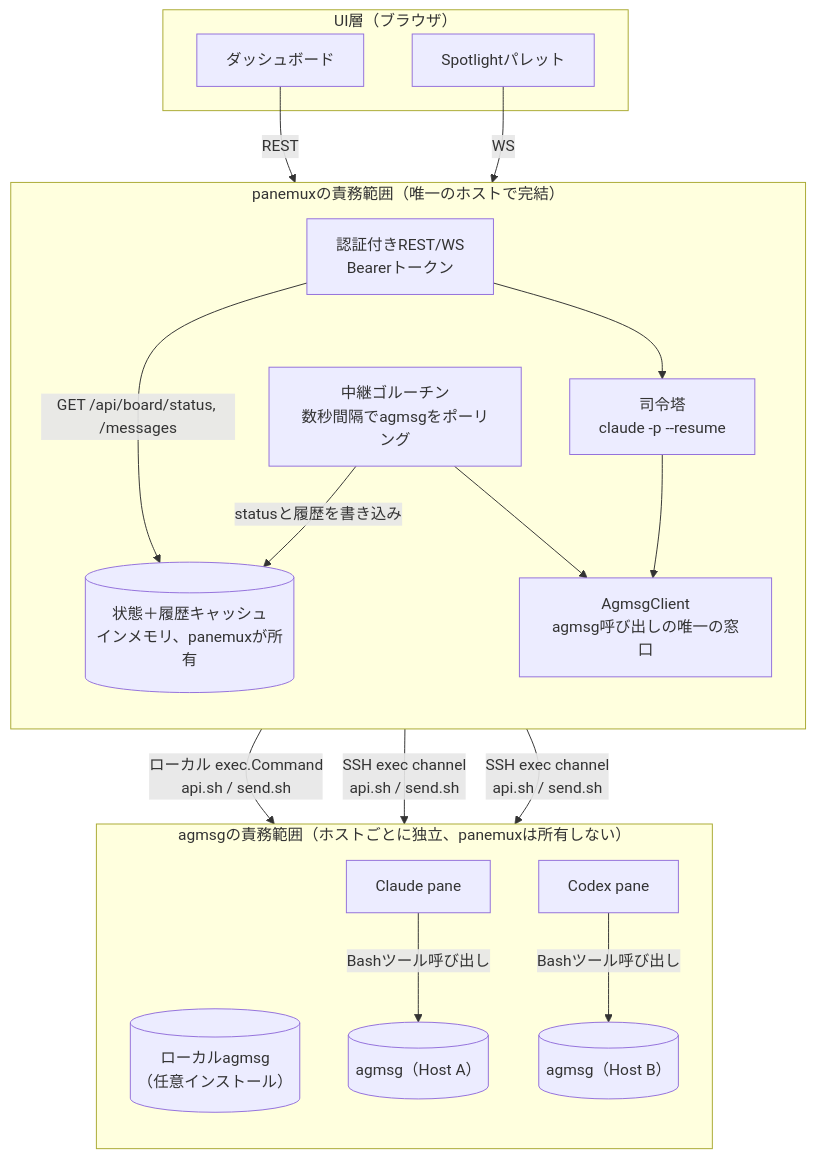
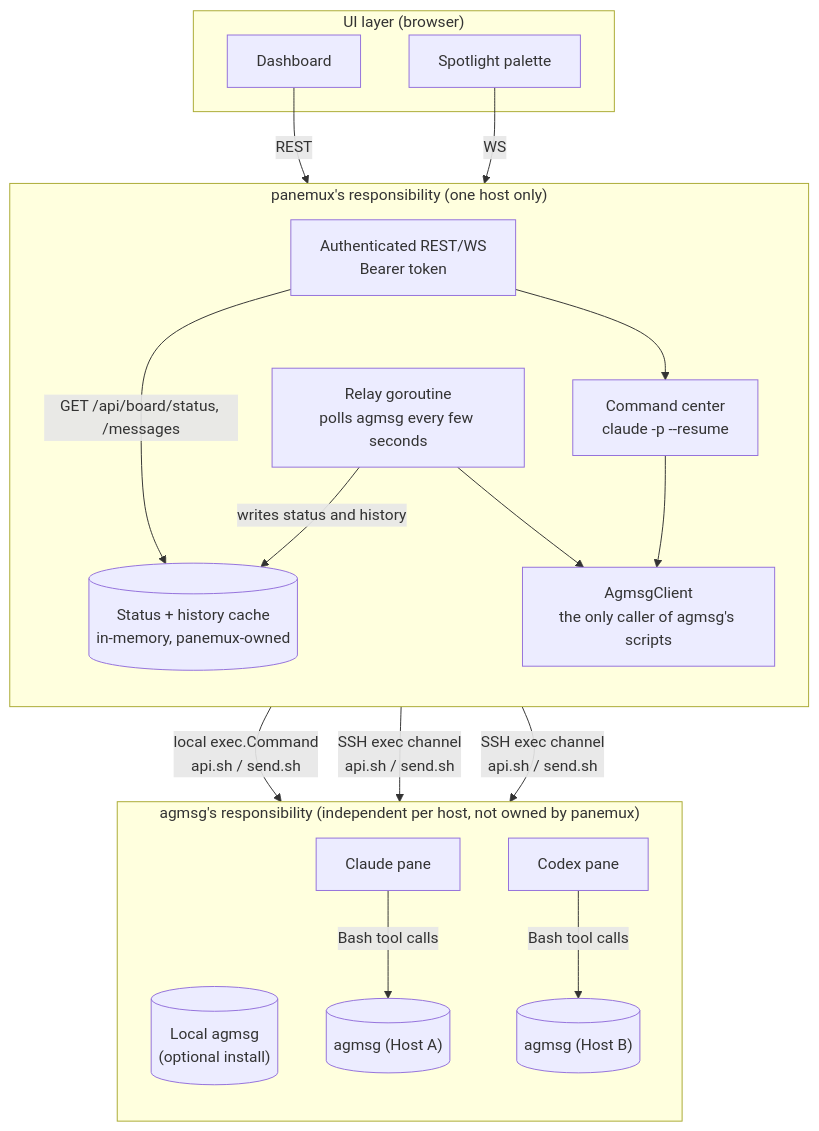
The second of 4 diagrams in docs/agent-board.md (tomo-chan/panemux), drawn with Mermaid before and after one commit. The commit also changed other lines of this file, not shown here.

First line of the commit message:
docs: translate diagram labels to English, add system overview diagram

````diff
--- a/docs/agent-board.md
+++ b/docs/agent-board.md
@@ -83,39 +126,39 @@
 ```mermaid
 flowchart TB
-    subgraph UILayer["UI層（ブラウザ）"]
-        Dashboard["ダッシュボード"]
-        Palette["Spotlightパレット"]
+    subgraph UILayer["UI layer (browser)"]
+        Dashboard["Dashboard"]
+        Palette["Spotlight palette"]
     end
 
-    subgraph PanemuxBoundary["panemuxの責務範囲（唯一のホストで完結）"]
+    subgraph PanemuxBoundary["panemux's responsibility (one host only)"]
         direction TB
-        AuthAPI["認証付きREST/WS<br/>Bearerトークン"]
-        BoardCache[("状態＋履歴キャッシュ<br/>インメモリ、panemuxが所有")]
-        Relay["中継ゴルーチン<br/>数秒間隔でagmsgをポーリング"]
-        CmdCenter["司令塔<br/>claude -p --resume"]
-        AgmsgClient["AgmsgClient<br/>agmsg呼び出しの唯一の窓口"]
+        AuthAPI["Authenticated REST/WS<br/>Bearer token"]
+        BoardCache[("Status + history cache<br/>in-memory, panemux-owned")]
+        Relay["Relay goroutine<br/>polls agmsg every few seconds"]
+        CmdCenter["Command center<br/>claude -p --resume"]
+        AgmsgClient["AgmsgClient<br/>the only caller of agmsg's scripts"]
 
         AuthAPI -->|"GET /api/board/status, /messages"| BoardCache
         AuthAPI --> CmdCenter
-        Relay -->|"statusと履歴を書き込み"| BoardCache
+        Relay -->|"writes status and history"| BoardCache
         Relay --> AgmsgClient
         CmdCenter --> AgmsgClient
     end
 
-    subgraph AgmsgBoundary["agmsgの責務範囲（ホストごとに独立、panemuxは所有しない）"]
+    subgraph AgmsgBoundary["agmsg's responsibility (independent per host, not owned by panemux)"]
         direction TB
-        AgmsgLocal[("ローカルagmsg<br/>（任意インストール）")]
-        AgmsgA[("agmsg（Host A）")]
+        AgmsgLocal[("Local agmsg<br/>(optional install)")]
+        AgmsgA[("agmsg (Host A)")]
         ClaudeA["Claude pane"]
-        AgmsgB[("agmsg（Host B）")]
+        AgmsgB[("agmsg (Host B)")]
         CodexB["Codex pane"]
-        ClaudeA -->|"Bashツール呼び出し"| AgmsgA
-        CodexB -->|"Bashツール呼び出し"| AgmsgB
+        ClaudeA -->|"Bash tool calls"| AgmsgA
+        CodexB -->|"Bash tool calls"| AgmsgB
     end
 
     Dashboard -->|"REST"| AuthAPI
     Palette -->|"WS"| AuthAPI
-    AgmsgClient -->|"ローカル exec.Command<br/>api.sh / send.sh"| AgmsgLocal
+    AgmsgClient -->|"local exec.Command<br/>api.sh / send.sh"| AgmsgLocal
     AgmsgClient -->|"SSH exec channel<br/>api.sh / send.sh"| AgmsgA
     AgmsgClient -->|"SSH exec channel<br/>api.sh / send.sh"| AgmsgB
 ```
````
